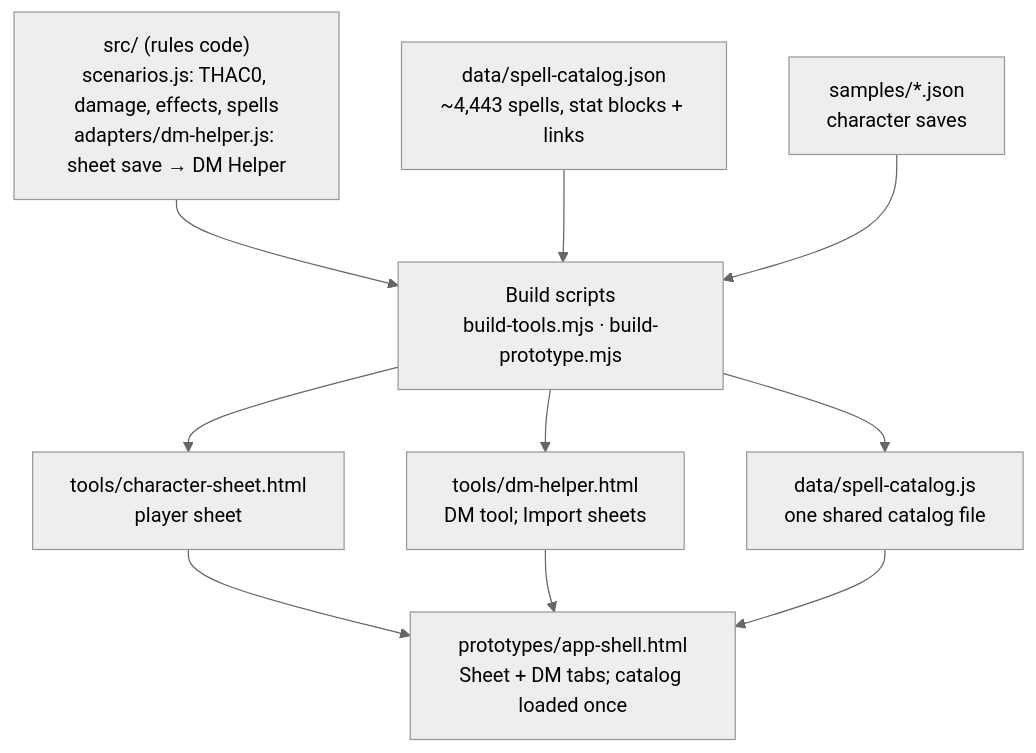
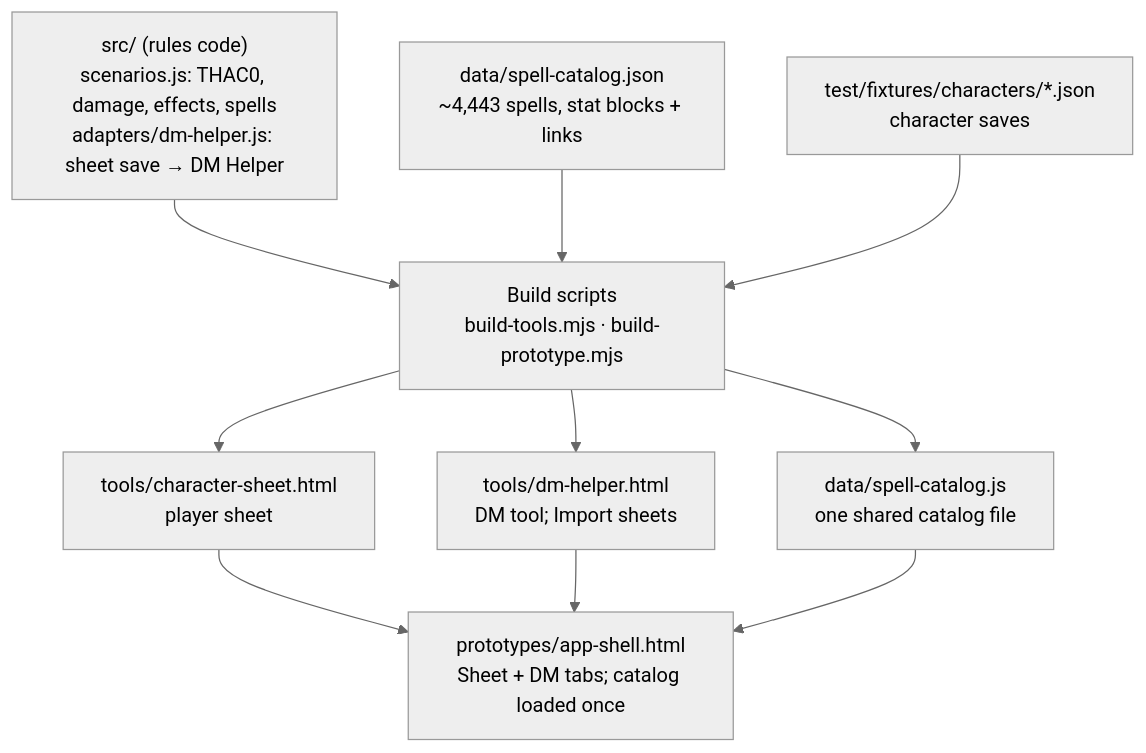
The diagram in handoff.md (wmartin0103/app.adnd), drawn with Mermaid (neutral theme) before and after one commit. The commit also changed other lines of this file and 35 other files, not shown here.

Commit message:
Character saves move to test/fixtures/characters; main becomes the live branch: tests on pull requests, CODEOWNERS, the ruleset, and AGENTS.md for people and agents

````diff
--- a/handoff.md
+++ b/handoff.md
@@ -121,20 +121,20 @@
 ```mermaid
 flowchart TD
   src["src/ (rules code)<br/>scenarios.js: THAC0, damage, effects, spells<br/>adapters/dm-helper.js: sheet save → DM Helper"]
   json["data/spell-catalog.json<br/>~4,443 spells, stat blocks + links"]
-  samples["samples/*.json<br/>character saves"]
+  samples["test/fixtures/characters/*.json<br/>character saves"]
   build["Build scripts<br/>build-tools.mjs · build-prototype.mjs"]
   sheet["tools/character-sheet.html<br/>player sheet"]
   dm["tools/dm-helper.html<br/>DM tool; Import sheets"]
   js["data/spell-catalog.js<br/>one shared catalog file"]
   preview["prototypes/app-shell.html<br/>Sheet + DM tabs; catalog loaded once"]
   src --> build
   json --> build
   samples --> build
   build --> sheet
   build --> dm
   build --> js
   sheet --> preview
   dm --> preview
   js --> preview
 ```
````
